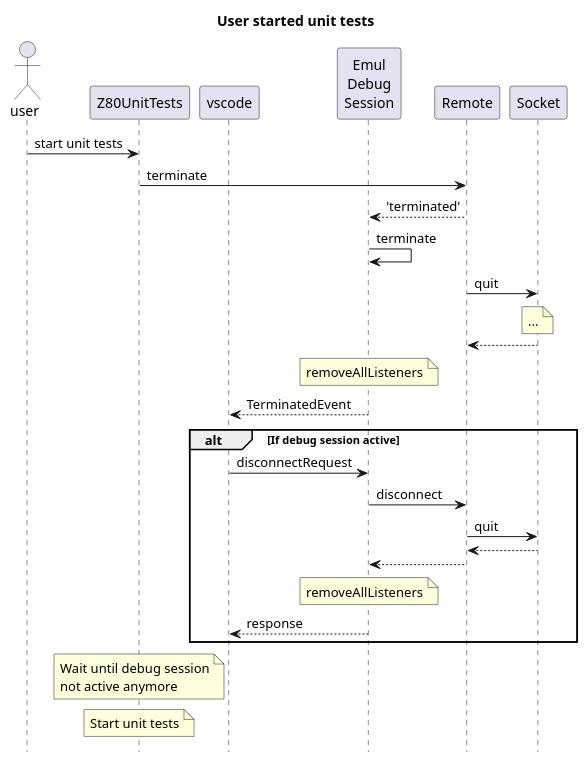
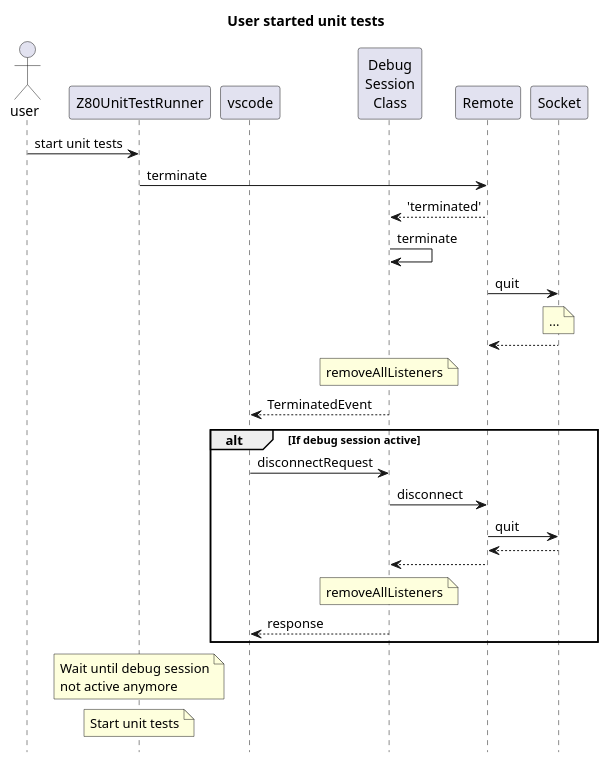
The eighth of 10 diagrams in design/design.md (maziac/DeZog), drawn with PlantUML before and after one commit. The commit also changed other lines of this file and 11 other files, not shown here.

````diff
--- a/design/design.md
+++ b/design/design.md
@@ -442,42 +444,42 @@
 ```puml
 hide footbox
 title User started unit tests
 actor user
-participant Z80UnitTests as unittest
+participant Z80UnitTestRunner as unittest
 participant vscode
-participant "Emul\nDebug\nSession" as session
+participant "Debug\nSession\nClass" as session
 participant "Remote" as emul
 participant "Socket" as socket
 'participant "ZEsarUX" as zesarux
 
 user -> unittest: start unit tests
 unittest -> emul: terminate
 
 session <-- emul: 'terminated'
 session -> session: terminate
 
 emul -> socket: quit
 note over socket: ...
 emul <-- socket
 
 note over session: removeAllListeners
 vscode <-- session: TerminatedEvent
 
 alt If debug session active
 
 vscode -> session: disconnectRequest
 session -> emul: disconnect
 emul -> socket: quit
 'note over socket: ...
 emul <-- socket
 
 session <-- emul
 note over session: removeAllListeners
 vscode <-- session: response
 
 end
 
 note over unittest: Wait until debug session\nnot active anymore
 note over unittest: Start unit tests
 
 ```
````
